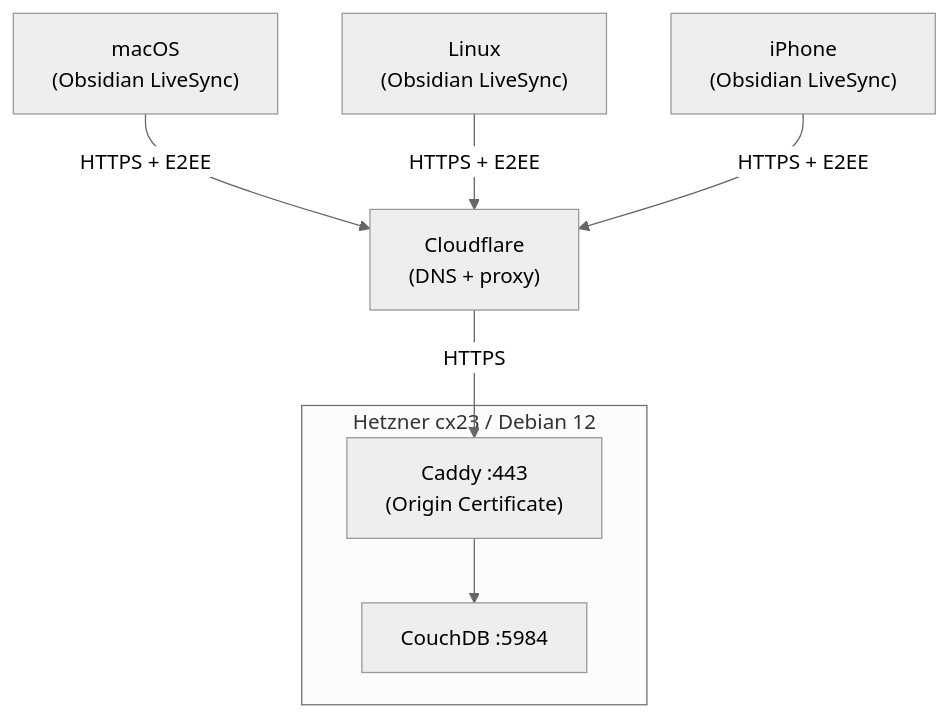
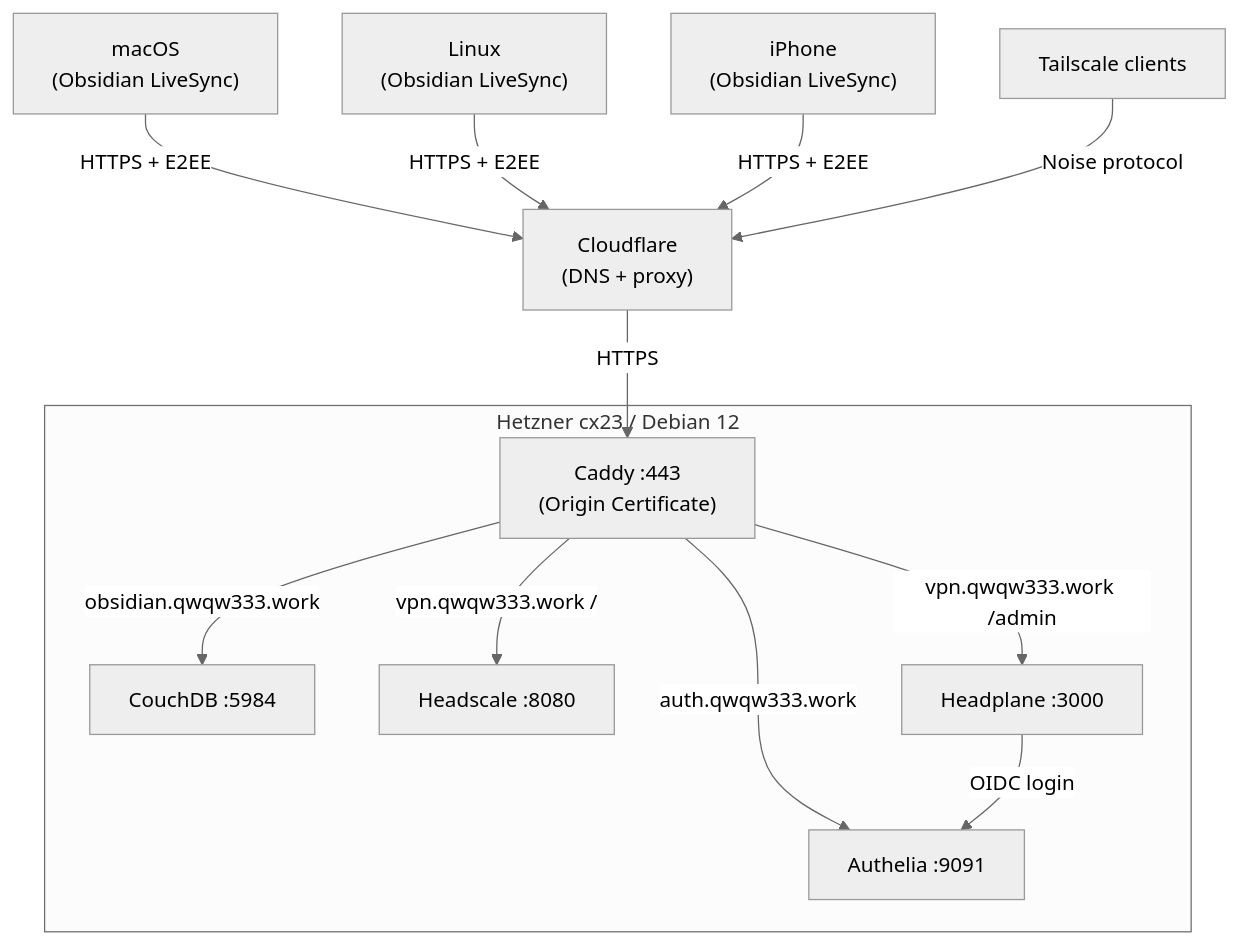
Before and after one commit to qwqw-333/vps: the diagram in README.md, drawn with Mermaid (neutral theme). The commit also changed other lines of this file and 31 other files, not shown here.

First line of the commit message:
feat: add Headscale VPN, Authelia SSO, and shared Caddy reverse proxy

````diff
--- a/README.md
+++ b/README.md
@@ -7,14 +7,22 @@
 ```mermaid
 graph TB
     subgraph hetzner ["Hetzner cx23 / Debian 12"]
         Caddy["Caddy :443<br/>(Origin Certificate)"]
+        Authelia["Authelia :9091"]
         CouchDB["CouchDB :5984"]
-        Caddy --> CouchDB
+        Headscale["Headscale :8080"]
+        Headplane["Headplane :3000"]
+        Caddy -->|"obsidian.qwqw333.work"| CouchDB
+        Caddy -->|"auth.qwqw333.work"| Authelia
+        Caddy -->|"vpn.qwqw333.work /"| Headscale
+        Caddy -->|"vpn.qwqw333.work /admin"| Headplane
+        Headplane -->|"OIDC login"| Authelia
     end
 
     CF["Cloudflare<br/>(DNS + proxy)"] -->|HTTPS| Caddy
 
     macOS["macOS<br/>(Obsidian LiveSync)"] -->|HTTPS + E2EE| CF
     Linux["Linux<br/>(Obsidian LiveSync)"] -->|HTTPS + E2EE| CF
     iPhone["iPhone<br/>(Obsidian LiveSync)"] -->|HTTPS + E2EE| CF
+    Tailscale["Tailscale clients"] -->|"Noise protocol"| CF
 ```
````
